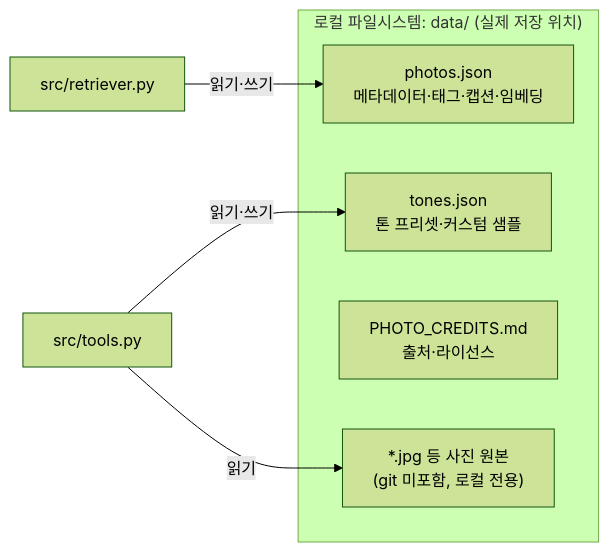
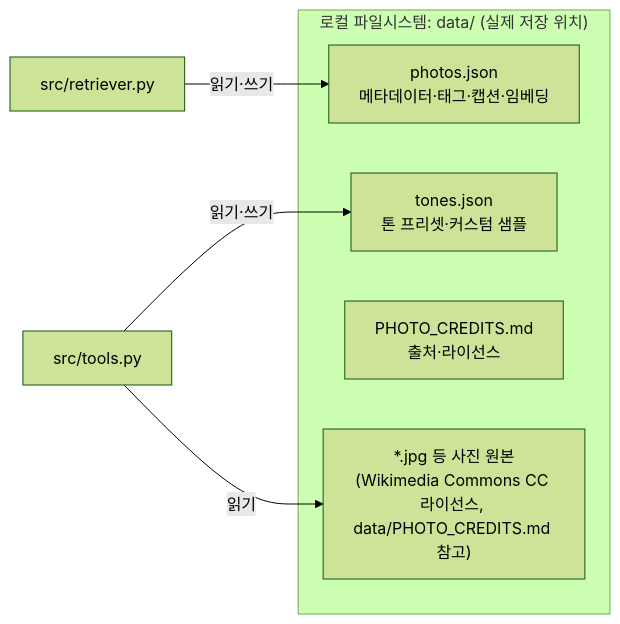
The fourth of 4 diagrams in README.md (newbieski/chalkak-ilsang), drawn with Mermaid (forest theme) before and after one commit. The commit also changed 33 other files, not shown here.

````diff
--- a/README.md
+++ b/README.md
@@ -168,12 +168,12 @@
 ```mermaid
 flowchart LR
     subgraph FS["로컬 파일시스템: data/ (실제 저장 위치)"]
         P["photos.json<br/>메타데이터·태그·캡션·임베딩"]
         TN["tones.json<br/>톤 프리셋·커스텀 샘플"]
         CR["PHOTO_CREDITS.md<br/>출처·라이선스"]
-        IMG["*.jpg 등 사진 원본<br/>(git 미포함, 로컬 전용)"]
+        IMG["*.jpg 등 사진 원본<br/>(Wikimedia Commons CC 라이선스, data/PHOTO_CREDITS.md 참고)"]
     end
     RT["src/retriever.py"] -->|읽기·쓰기| P
     TL["src/tools.py"] -->|읽기·쓰기| TN
     TL -->|읽기| IMG
 ```
````
